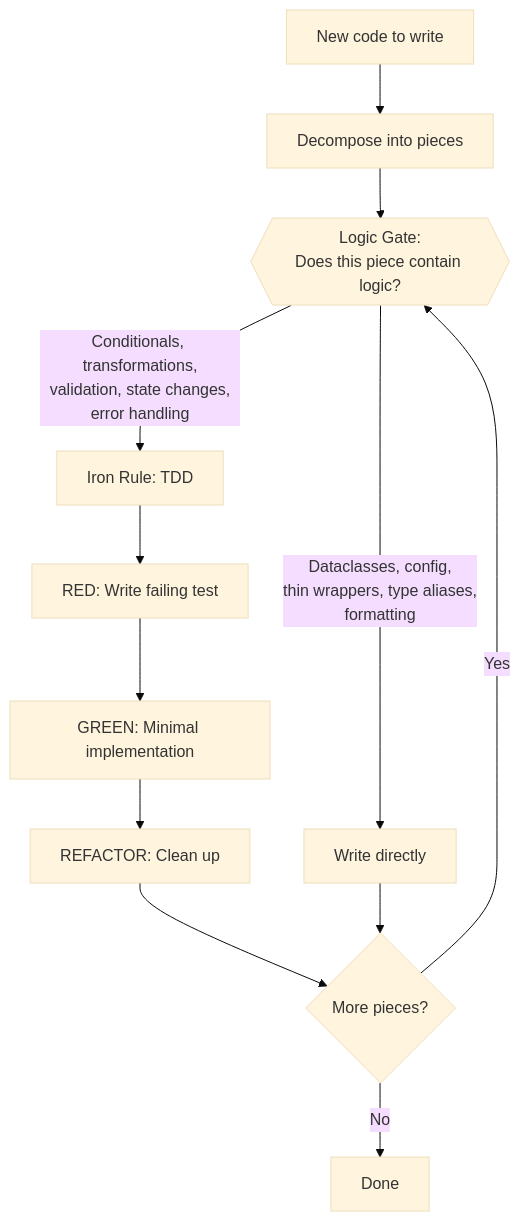
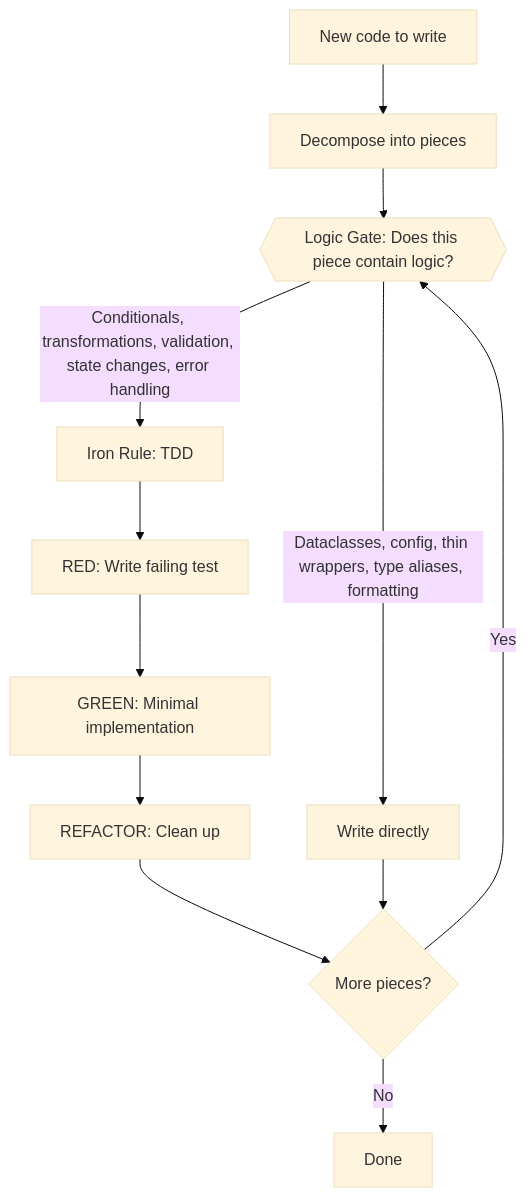
The diagram in claude/skills/test-driven-development/SKILL.md (ravila4/claude-code-config), drawn with Mermaid (base theme) before and after one commit.

Commit message:
Formatting

````diff
--- a/claude/skills/test-driven-development/SKILL.md
+++ b/claude/skills/test-driven-development/SKILL.md
@@ -15,14 +15,14 @@
 ```mermaid
 flowchart TD
     A[New code to write] --> B[Decompose into pieces]
-    B --> C{{"Logic Gate:\nDoes this piece contain logic?"}}
-    C -->|"Conditionals, transformations,\nvalidation, state changes,\nerror handling"| D["Iron Rule: TDD"]
-    C -->|"Dataclasses, config,\nthin wrappers, type aliases,\nformatting"| E[Write directly]
+    B --> C{{"Logic Gate: Does this piece contain logic?"}}
+    C -->|"Conditionals, transformations, validation, state changes, error handling"| D["Iron Rule: TDD"]
+    C -->|"Dataclasses, config, thin wrappers, type aliases, formatting"| E[Write directly]
     D --> F["RED: Write failing test"]
     F --> G["GREEN: Minimal implementation"]
     G --> H["REFACTOR: Clean up"]
     H --> I{More pieces?}
     E --> I
     I -->|Yes| C
     I -->|No| J[Done]
 ```
````
